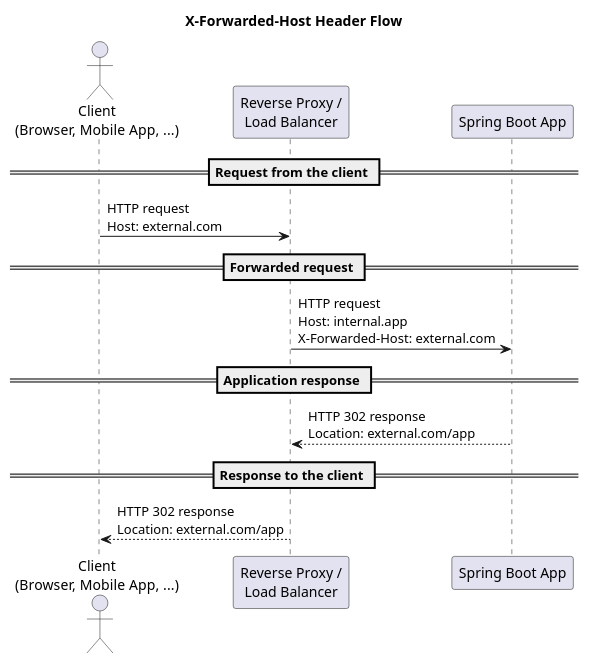
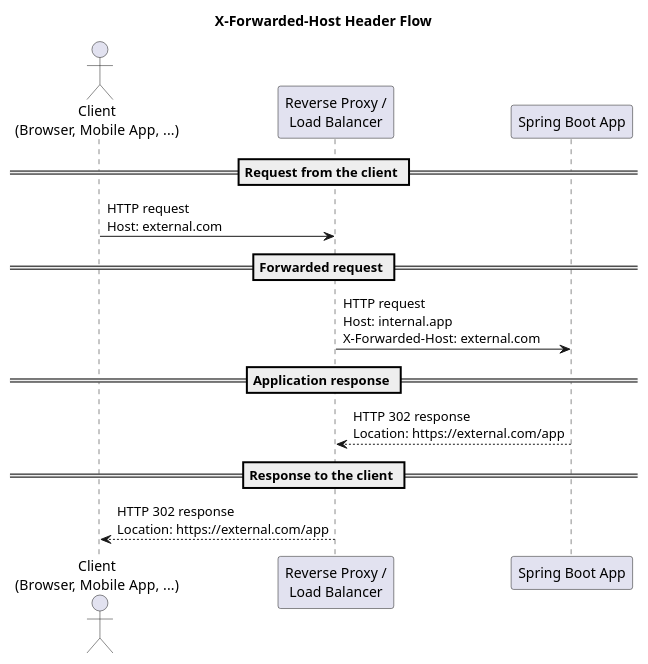
The diagram in docs/concepts/frontend/redirects-and-reverse-proxies.md (jeap-admin-ch/jeap), drawn with PlantUML before and after one commit.

Commit message:
Update redirect URLs to use HTTPS

````diff
--- a/docs/concepts/frontend/redirects-and-reverse-proxies.md
+++ b/docs/concepts/frontend/redirects-and-reverse-proxies.md
@@ -9,26 +9,26 @@
 ```plantuml
 @startuml
 title X-Forwarded-Host Header Flow
 
 actor "Client\n(Browser, Mobile App, ...)" as Client
 participant "Reverse Proxy /\nLoad Balancer" as Proxy
 participant "Spring Boot App" as App
 
 == Request from the client ==
 
 Client -> Proxy : HTTP request\nHost: external.com
 
 == Forwarded request ==
 
 Proxy -> App : HTTP request\nHost: internal.app\nX-Forwarded-Host: external.com
 
 == Application response ==
 
-App --> Proxy : HTTP 302 response\nLocation: external.com/app
+App --> Proxy : HTTP 302 response\nLocation: https://external.com/app
 
 == Response to the client ==
 
-Proxy --> Client : HTTP 302 response\nLocation: external.com/app
+Proxy --> Client : HTTP 302 response\nLocation: https://external.com/app
 
 @enduml
 ```
````
